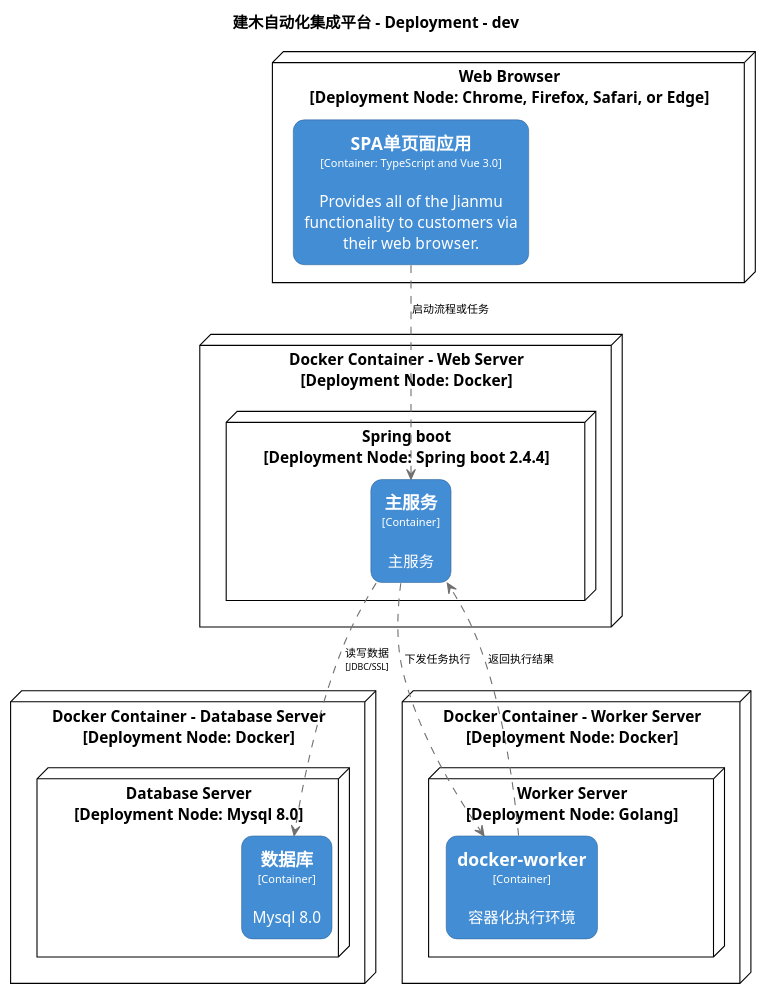
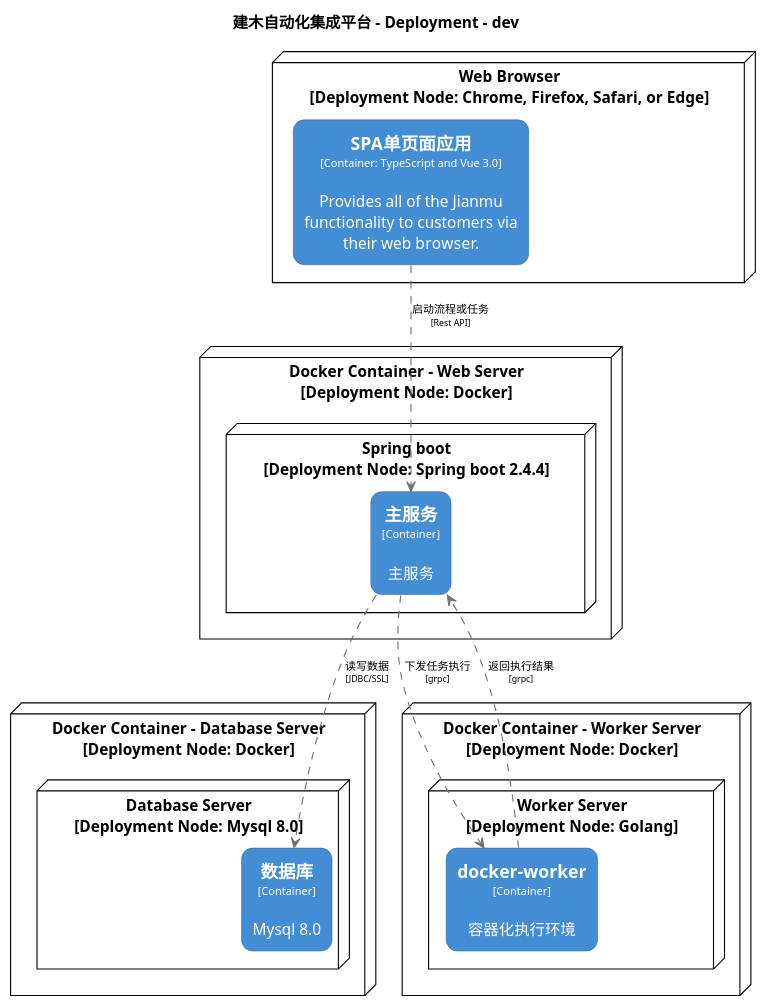
Before and after one commit to jianmu-dev/jianmu-architecture-as-code: the diagram in c4/structurizr-DevelopmentDeployment.puml, drawn with PlantUML. The commit also changed 8 other files, not shown here.

```diff
--- a/c4/structurizr-DevelopmentDeployment.puml
+++ b/c4/structurizr-DevelopmentDeployment.puml
@@ -1,101 +1,101 @@
 @startuml(id=DevelopmentDeployment)
 title 建木自动化集成平台 - Deployment - dev
 
 skinparam {
   shadowing false
   arrowFontSize 10
   defaultTextAlignment center
   wrapWidth 200
   maxMessageSize 100
 }
 hide stereotype
 top to bottom direction
 skinparam rectangle<<55>> {
   BackgroundColor #438dd5
   FontColor #ffffff
   BorderColor #2E6295
   roundCorner 20
 }
 skinparam node<<57>> {
   BackgroundColor #ffffff
   FontColor #000000
   BorderColor #000000
   roundCorner 20
 }
 skinparam node<<47>> {
   BackgroundColor #ffffff
   FontColor #000000
   BorderColor #000000
   roundCorner 20
 }
 skinparam node<<58>> {
   BackgroundColor #ffffff
   FontColor #000000
   BorderColor #000000
   roundCorner 20
 }
 skinparam rectangle<<48>> {
   BackgroundColor #438dd5
   FontColor #ffffff
   BorderColor #2E6295
   roundCorner 20
 }
 skinparam rectangle<<59>> {
   BackgroundColor #438dd5
   FontColor #ffffff
   BorderColor #2E6295
   roundCorner 20
 }
 skinparam node<<49>> {
   BackgroundColor #ffffff
   FontColor #000000
   BorderColor #000000
   roundCorner 20
 }
 skinparam node<<50>> {
   BackgroundColor #ffffff
   FontColor #000000
   BorderColor #000000
   roundCorner 20
 }
 skinparam rectangle<<51>> {
   BackgroundColor #438dd5
   FontColor #ffffff
   BorderColor #2E6295
   roundCorner 20
 }
 skinparam node<<53>> {
   BackgroundColor #ffffff
   FontColor #000000
   BorderColor #000000
   roundCorner 20
 }
 skinparam node<<54>> {
   BackgroundColor #ffffff
   FontColor #000000
   BorderColor #000000
   roundCorner 20
 }
 node "Docker Container - Database Server\n[Deployment Node: Docker]" <<53>> as 53 {
   node "Database Server\n[Deployment Node: Mysql 8.0]" <<54>> as 54 {
     rectangle "==数据库\n<size:10>[Container]</size>\n\nMysql 8.0" <<55>> as 55
   }
 }
 node "Docker Container - Web Server\n[Deployment Node: Docker]" <<49>> as 49 {
   node "Spring boot\n[Deployment Node: Spring boot 2.4.4]" <<50>> as 50 {
     rectangle "==主服务\n<size:10>[Container]</size>\n\n主服务" <<51>> as 51
   }
 }
 node "Docker Container - Worker Server\n[Deployment Node: Docker]" <<57>> as 57 {
   node "Worker Server\n[Deployment Node: Golang]" <<58>> as 58 {
     rectangle "==docker-worker\n<size:10>[Container]</size>\n\n容器化执行环境" <<59>> as 59
   }
 }
 node "Web Browser\n[Deployment Node: Chrome, Firefox, Safari, or Edge]" <<47>> as 47 {
   rectangle "==SPA单页面应用\n<size:10>[Container: TypeScript and Vue 3.0]</size>\n\nProvides all of the Jianmu functionality to customers via their web browser." <<48>> as 48
 }
-48 .[#707070].> 51 : "启动流程或任务"
-59 .[#707070].> 51 : "返回执行结果"
-51 .[#707070].> 59 : "下发任务执行"
+48 .[#707070].> 51 : "启动流程或任务\n<size:8>[Rest API]</size>"
+59 .[#707070].> 51 : "返回执行结果\n<size:8>[grpc]</size>"
+51 .[#707070].> 59 : "下发任务执行\n<size:8>[grpc]</size>"
 51 .[#707070].> 55 : "读写数据\n<size:8>[JDBC/SSL]</size>"
 @enduml
```
